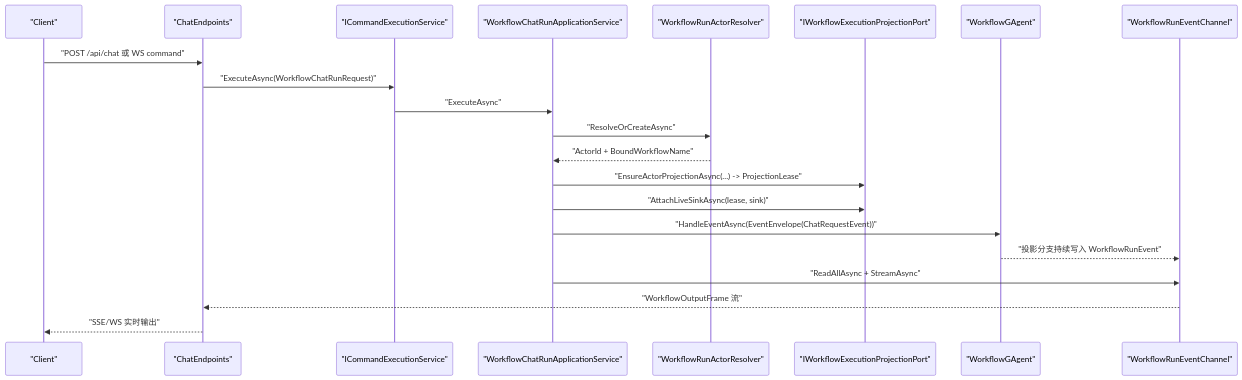
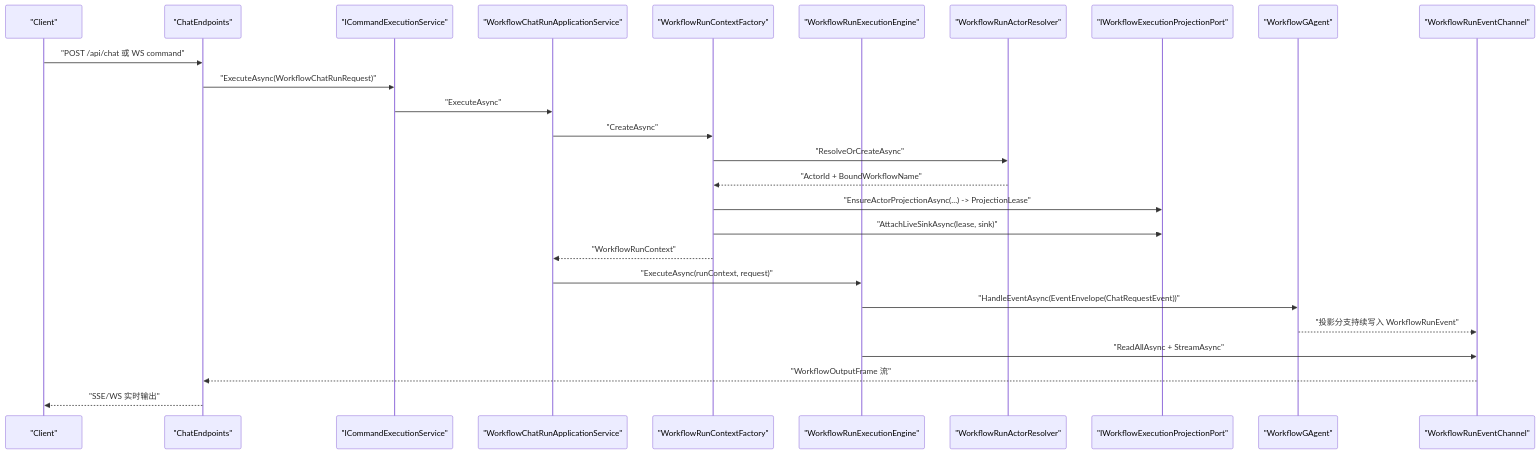
The second of 5 diagrams in src/workflow/README.md (aevatarAI/aevatar), drawn with Mermaid before and after one commit. The commit also changed other lines of this file and 42 other files, not shown here.

First line of the commit message:
Refactor Workflow Application and Projection Components

````diff
--- a/src/workflow/README.md
+++ b/src/workflow/README.md
@@ -67,25 +67,30 @@
 ```mermaid
 %%{init: {"maxTextSize": 100000, "flowchart": {"useMaxWidth": false, "nodeSpacing": 10, "rankSpacing": 50}, "themeVariables": {"fontSize": "10px"}}}%%
 sequenceDiagram
   participant Client as "Client"
   participant Api as "ChatEndpoints"
   participant CmdSvc as "ICommandExecutionService"
   participant AppSvc as "WorkflowChatRunApplicationService"
+  participant CtxFactory as "WorkflowRunContextFactory"
+  participant Engine as "WorkflowRunExecutionEngine"
   participant Resolver as "WorkflowRunActorResolver"
   participant Port as "IWorkflowExecutionProjectionPort"
   participant WFAgent as "WorkflowGAgent"
   participant Sink as "WorkflowRunEventChannel"
 
   Client->>Api: "POST /api/chat 或 WS command"
   Api->>CmdSvc: "ExecuteAsync(WorkflowChatRunRequest)"
   CmdSvc->>AppSvc: "ExecuteAsync"
-  AppSvc->>Resolver: "ResolveOrCreateAsync"
-  Resolver-->>AppSvc: "ActorId + BoundWorkflowName"
-  AppSvc->>Port: "EnsureActorProjectionAsync(...) -> ProjectionLease"
-  AppSvc->>Port: "AttachLiveSinkAsync(lease, sink)"
-  AppSvc->>WFAgent: "HandleEventAsync(EventEnvelope(ChatRequestEvent))"
+  AppSvc->>CtxFactory: "CreateAsync"
+  CtxFactory->>Resolver: "ResolveOrCreateAsync"
+  Resolver-->>CtxFactory: "ActorId + BoundWorkflowName"
+  CtxFactory->>Port: "EnsureActorProjectionAsync(...) -> ProjectionLease"
+  CtxFactory->>Port: "AttachLiveSinkAsync(lease, sink)"
+  CtxFactory-->>AppSvc: "WorkflowRunContext"
+  AppSvc->>Engine: "ExecuteAsync(runContext, request)"
+  Engine->>WFAgent: "HandleEventAsync(EventEnvelope(ChatRequestEvent))"
   WFAgent-->>Sink: "投影分支持续写入 WorkflowRunEvent"
-  AppSvc->>Sink: "ReadAllAsync + StreamAsync"
+  Engine->>Sink: "ReadAllAsync + StreamAsync"
   Sink-->>Api: "WorkflowOutputFrame 流"
   Api-->>Client: "SSE/WS 实时输出"
 ```
````
